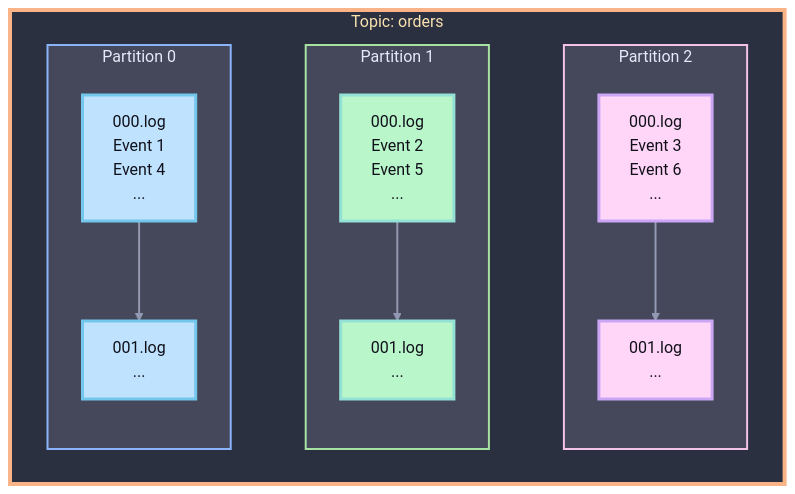
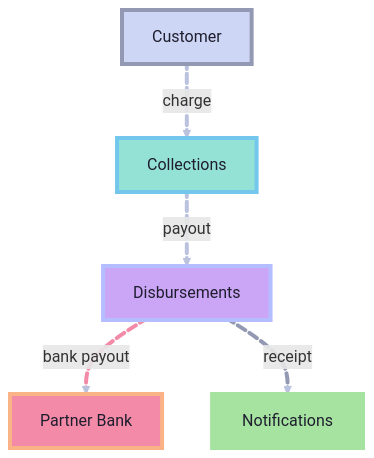
Before and after one commit to hmajid2301/blog: the sixth of 40 diagrams in content/slides/go-labs-eda-go-kafka/slides.md, drawn with Mermaid. The commit also changed other lines of this file and 10 other files, not shown here.

````diff
--- a/content/slides/go-labs-eda-go-kafka/slides.md
+++ b/content/slides/go-labs-eda-go-kafka/slides.md
@@ -217,36 +254,26 @@
 ```mermaid
-flowchart LR
-    subgraph T["Topic: orders"]
-      direction LR
-      subgraph P0["Partition 0"]
-        direction TB
-        P0S0["000.log\nEvent 1\nEvent 4\n..."] --> P0S1["001.log\n..."]
-      end
-      subgraph P1["Partition 1"]
-        direction TB
-        P1S0["000.log\nEvent 2\nEvent 5\n..."] --> P1S1["001.log\n..."]
-      end
-      subgraph P2["Partition 2"]
-        direction TB
-        P2S0["000.log\nEvent 3\nEvent 6\n..."] --> P2S1["001.log\n..."]
-      end
-      P0 ~~~ P1
-      P1 ~~~ P2
-    end
+flowchart TD
+    U["Customer"] charge@-->|"charge"| COL["Collections"]
+    COL payout@-->|"payout"| DIS["Disbursements"]
+    DIS bankCall@-->|"bank payout"| BANK["Partner Bank"]
+    DIS receipt@-->|"receipt"| NOTIF["Notifications"]
 
-    style T fill:#2b3040,stroke:#fab387,stroke-width:4px,color:#f9e2af;
-    style P0 fill:#45475a,stroke:#89b4fa,stroke-width:2px,color:#e6e9f7;
-    style P1 fill:#45475a,stroke:#a6e3a1,stroke-width:2px,color:#e6e9f7;
-    style P2 fill:#45475a,stroke:#f5c2e7,stroke-width:2px,color:#e6e9f7;
+    classDef client fill:#cdd6f4,stroke:#9399b2,stroke-width:4px,color:#1e1e2e;
+    classDef collections fill:#94e2d5,stroke:#74c7ec,stroke-width:4px,color:#1e1e2e;
+    classDef disbursements fill:#cba6f7,stroke:#b4befe,stroke-width:4px,color:#1e1e2e;
+    classDef bank fill:#f38ba8,stroke:#fab387,stroke-width:4px,color:#1e1e2e;
+    classDef notifications fill:#a6e3a1,stroke:#a6e3a1,stroke-width:4px,color:#1e1e2e;
 
-    classDef p0 fill:#bfe3ff,stroke:#74c7ec,stroke-width:3px,color:#11111b;
-    classDef p1 fill:#b9f6ca,stroke:#94e2d5,stroke-width:3px,color:#11111b;
-    classDef p2 fill:#ffd6f7,stroke:#cba6f7,stroke-width:3px,color:#11111b;
-
-    class P0S0,P0S1 p0;
-    class P1S0,P1S1 p1;
-    class P2S0,P2S1 p2;
-
-    linkStyle 0,1,2 stroke:#9399b2,stroke-width:2px;
-    linkStyle 3,4 stroke:#00000000,stroke-width:0px;
+    class U client;
+    class COL collections;
+    class DIS disbursements;
+    class BANK bank;
+    class NOTIF notifications;
+    charge@{ animation: slow }
+    payout@{ animation: slow }
+    bankCall@{ animation: slow }
+    receipt@{ animation: slow }
+    linkStyle default stroke:#bac2de,stroke-width:4px;
+    linkStyle 2 stroke:#f38ba8,stroke-width:4px;
+    linkStyle 3 stroke:#9399b2,stroke-width:4px;
 ```
````
